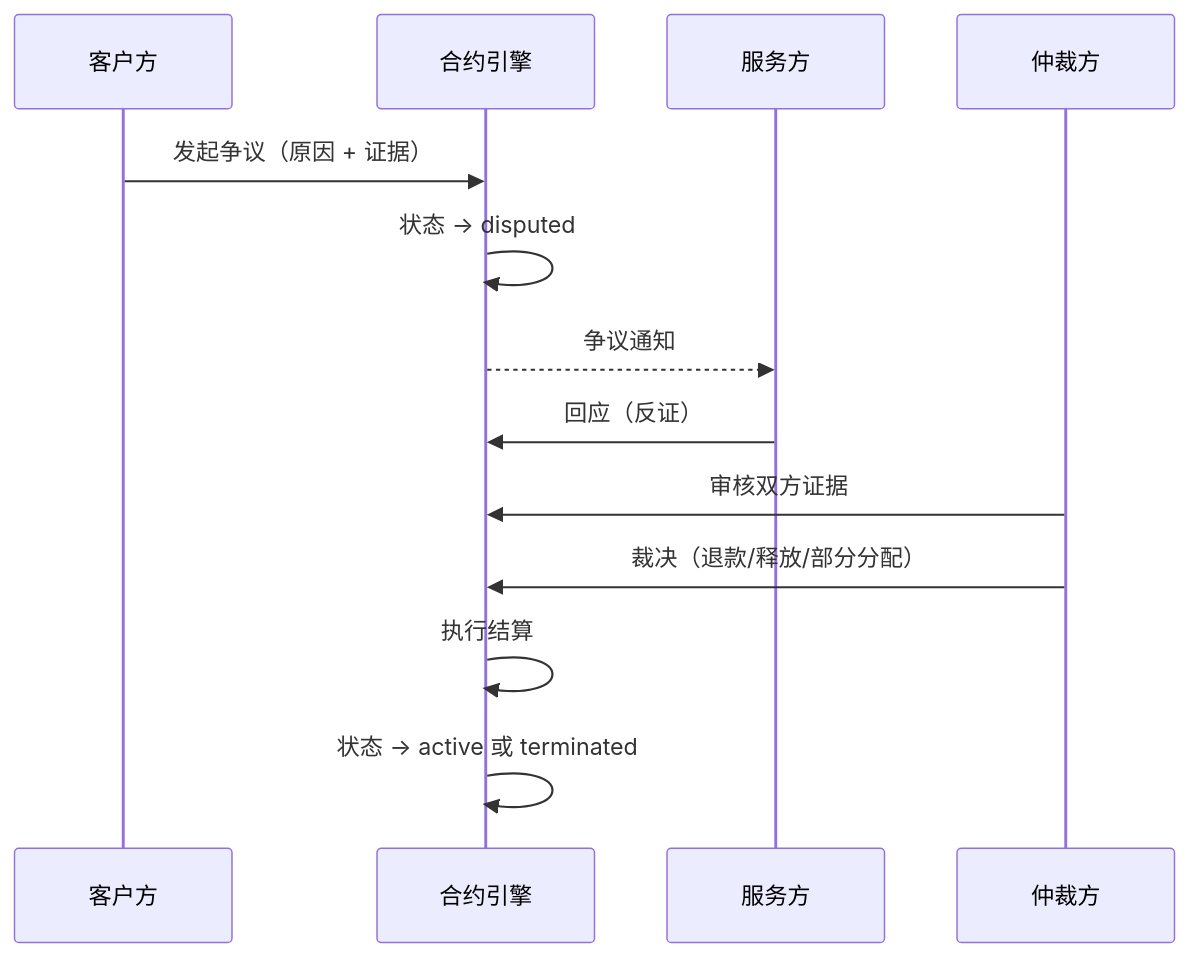
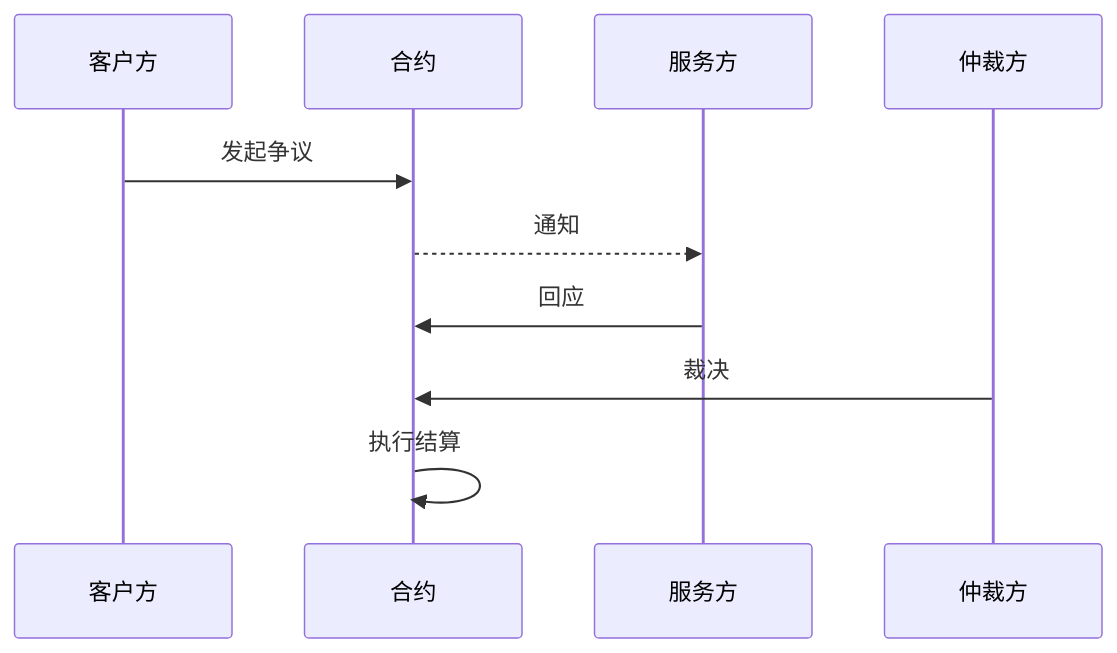
The third of 3 diagrams in packages/docs/content/docs/getting-started/core-concepts/service-contracts.zh.md (claw-network/clawnet), drawn with Mermaid before and after one commit. The commit also changed other lines of this file and 14 other files, not shown here.

First line of the commit message:
Refactor diagrams and improve clarity in DAO, Identity, Markets, Reputation, Service Contracts, and Wallet documentation

````diff
--- a/packages/docs/content/docs/getting-started/core-concepts/service-contracts.zh.md
+++ b/packages/docs/content/docs/getting-started/core-concepts/service-contracts.zh.md
@@ -110,16 +110,13 @@
 ```mermaid
 sequenceDiagram
-    participant Client as 客户方
-    participant Contract as 合约引擎
-    participant Provider as 服务方
-    participant Arbiter as 仲裁方
+    participant C as 客户方
+    participant E as 合约
+    participant P as 服务方
+    participant A as 仲裁方
 
-    Client->>Contract: 发起争议（原因 + 证据）
-    Contract->>Contract: 状态 → disputed
-    Contract-->>Provider: 争议通知
-    Provider->>Contract: 回应（反证）
-    Arbiter->>Contract: 审核双方证据
-    Arbiter->>Contract: 裁决（退款/释放/部分分配）
-    Contract->>Contract: 执行结算
-    Contract->>Contract: 状态 → active 或 terminated
+    C->>E: 发起争议
+    E-->>P: 通知
+    P->>E: 回应
+    A->>E: 裁决
+    E->>E: 执行结算
 ```
````
